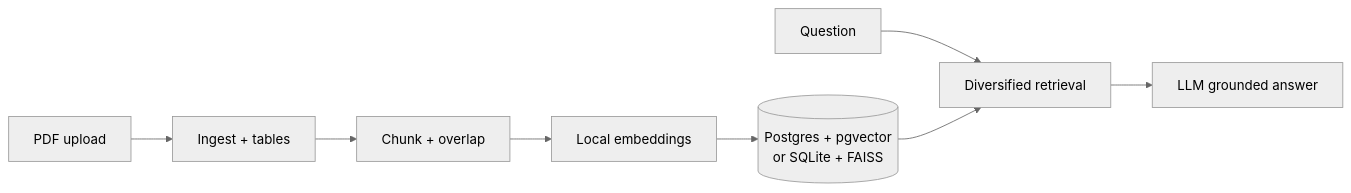
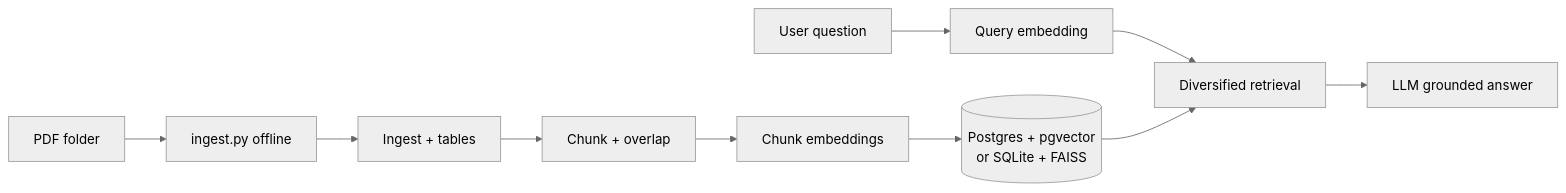
Before and after one commit to DRASHHTIPATEL/Vectera: the diagram in README.md, drawn with Mermaid (neutral theme). The commit also changed other lines of this file and 11 other files, not shown here.

First line of the commit message:
Offline ingest, query-only UI, free Ollama default, scale docs

````diff
--- a/README.md
+++ b/README.md
@@ -43,10 +91,12 @@
 ```mermaid
 flowchart LR
-  PDF[PDF upload] --> ING[Ingest + tables]
+  PDF[PDF folder] --> CLI[ingest.py offline]
+  CLI --> ING[Ingest + tables]
   ING --> CH[Chunk + overlap]
-  CH --> EMB[Local embeddings]
+  CH --> EMB[Chunk embeddings]
   EMB --> DB[(Postgres + pgvector\nor SQLite + FAISS)]
-  Q[Question] --> RET[Diversified retrieval]
+  Q[User question] --> QEMB[Query embedding]
+  QEMB --> RET[Diversified retrieval]
   DB --> RET
   RET --> LLM[LLM grounded answer]
 ```
````
